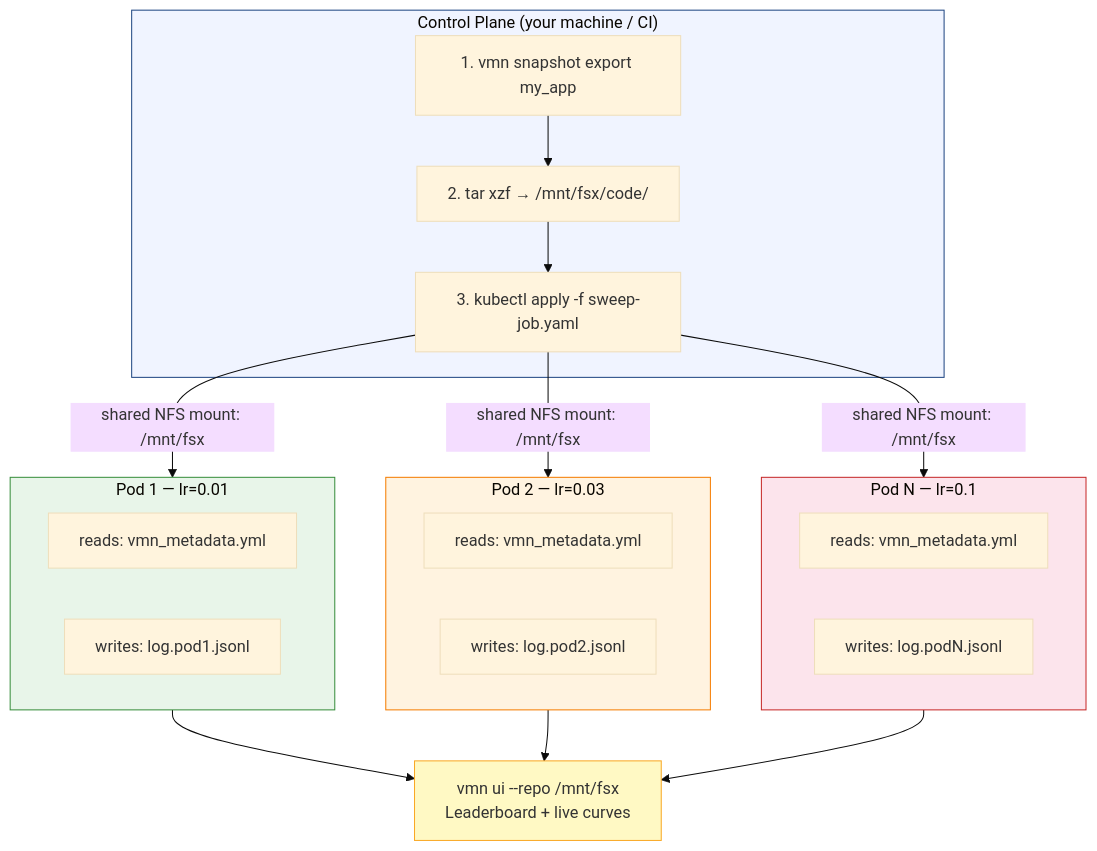
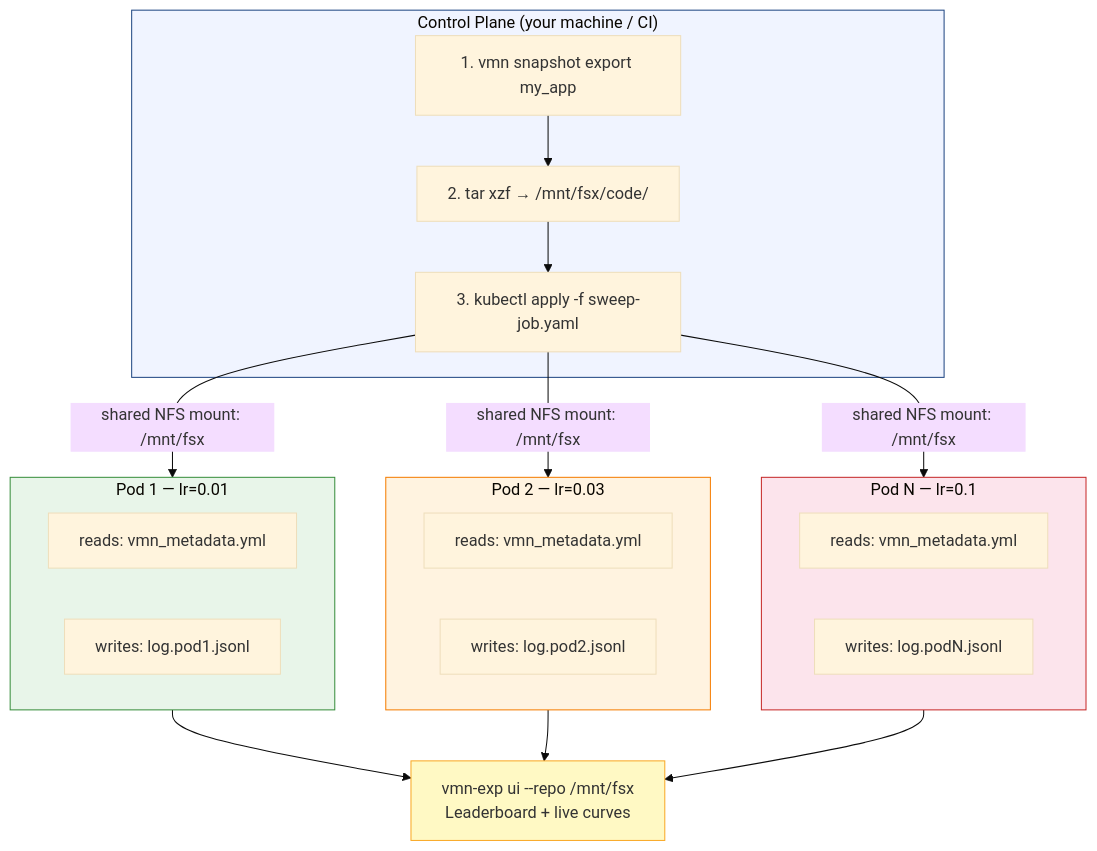
The fourth of 7 diagrams in docs/experiment-tracking-guide.md (progovoy/vmn), drawn with Mermaid (base theme) before and after one commit. The commit also changed other lines of this file and 628 other files, not shown here.

First line of the commit message:
feat(packaging): split into vmn, vmn-exp and vmn-exp-sdk

````diff
--- a/docs/experiment-tracking-guide.md
+++ b/docs/experiment-tracking-guide.md
@@ -219,34 +219,34 @@
 ```mermaid
 flowchart TD
     subgraph cp["Control Plane (your machine / CI)"]
         step1["1. vmn snapshot export my_app"]
         step2["2. tar xzf → /mnt/fsx/code/"]
         step3["3. kubectl apply -f sweep-job.yaml"]
         step1 --> step2 --> step3
     end
 
     step3 -- "shared NFS mount: /mnt/fsx" --> pod1 & pod2 & podN
 
     subgraph pod1["Pod 1 — lr=0.01"]
         p1_read["reads: vmn_metadata.yml"]
         p1_write["writes: log.pod1.jsonl"]
     end
 
     subgraph pod2["Pod 2 — lr=0.03"]
         p2_read["reads: vmn_metadata.yml"]
         p2_write["writes: log.pod2.jsonl"]
     end
 
     subgraph podN["Pod N — lr=0.1"]
         pN_read["reads: vmn_metadata.yml"]
         pN_write["writes: log.podN.jsonl"]
     end
 
-    pod1 & pod2 & podN --> ui["vmn ui --repo /mnt/fsx\nLeaderboard + live curves"]
+    pod1 & pod2 & podN --> ui["vmn-exp ui --repo /mnt/fsx\nLeaderboard + live curves"]
 
     style cp fill:#f0f4ff,stroke:#1e4682
     style pod1 fill:#e8f5e9,stroke:#388e3c
     style pod2 fill:#fff3e0,stroke:#f57c00
     style podN fill:#fce4ec,stroke:#c62828
     style ui fill:#fff9c4,stroke:#f9a825
 ```
````
